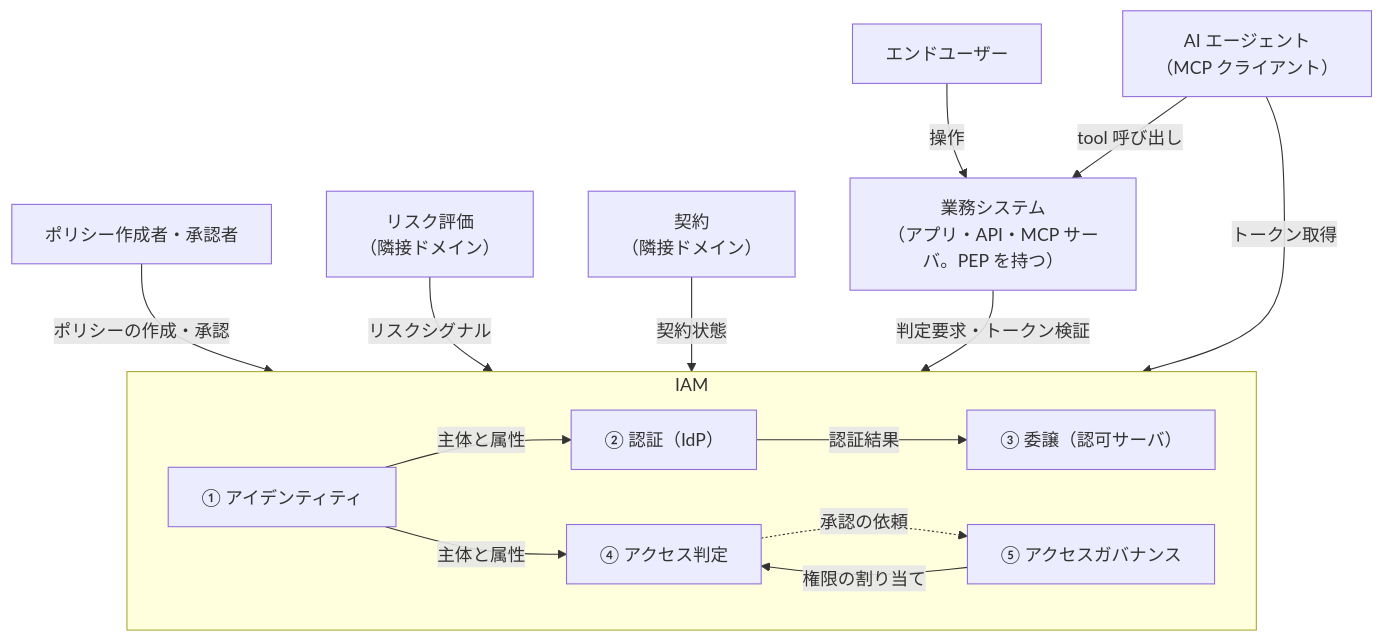
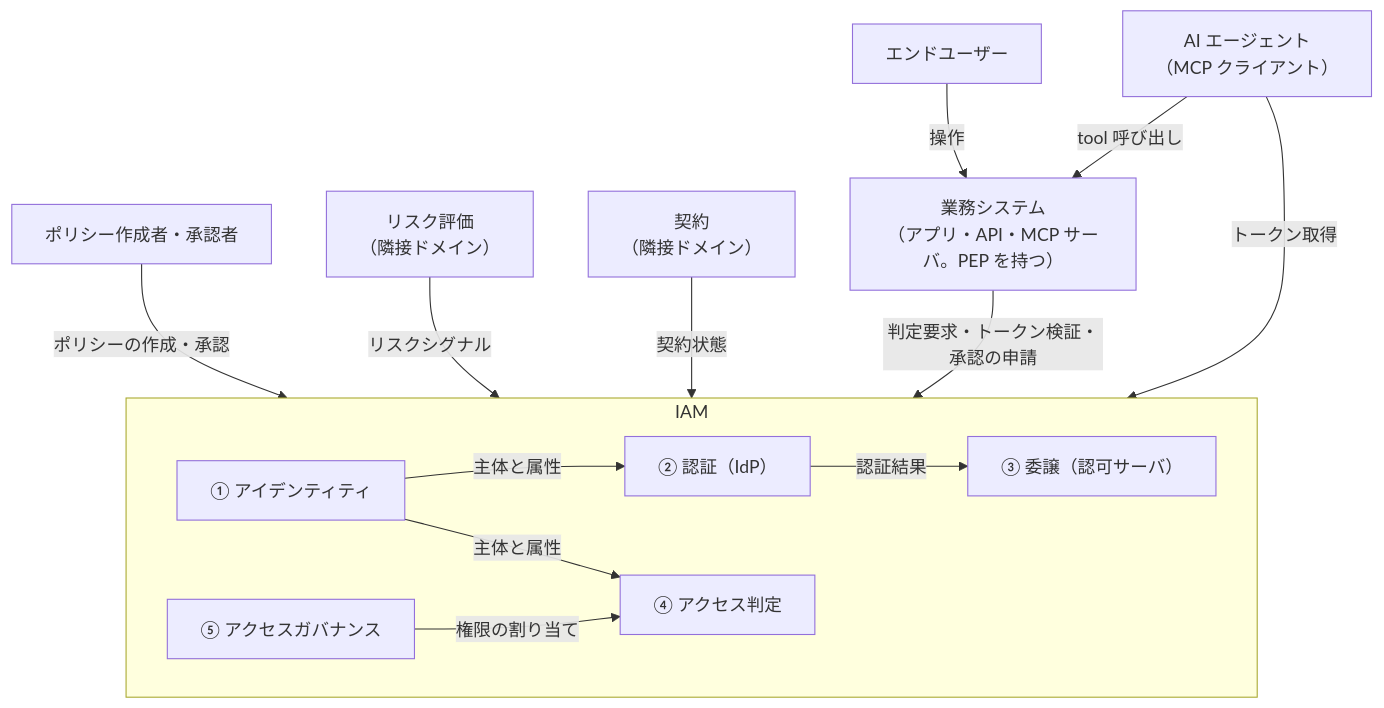
Before and after one commit to bmf-san/bmf-tech: the first of 6 diagrams in content/ja/posts/authorization-platform-architecture-decisions.md, drawn with Mermaid. The commit also changed other lines of this file and 1 other file, not shown here.

First line of the commit message:
fix: 認可基盤のアーキテクチャの記事の図とまとめを本文と AARP・AuthZEN・MCP の任意の要素に合わせる

````diff
--- a/content/ja/posts/authorization-platform-architecture-decisions.md
+++ b/content/ja/posts/authorization-platform-architecture-decisions.md
@@ -60,32 +60,31 @@
 ```mermaid
 flowchart TB
     user["エンドユーザー"]
     agent["AI エージェント<br/>（MCP クライアント）"]
     admin["ポリシー作成者・承認者"]
     RISK["リスク評価<br/>（隣接ドメイン）"]
     SUB["契約<br/>（隣接ドメイン）"]
 
     subgraph IAM["IAM"]
         direction LR
         ID["① アイデンティティ"]
         AUTHN["② 認証（IdP）"]
         DEL["③ 委譲（認可サーバ）"]
         GOV["⑤ アクセスガバナンス"]
         POL["④ アクセス判定"]
         ID -- "主体と属性" --> AUTHN
         AUTHN -- "認証結果" --> DEL
         ID -- "主体と属性" --> POL
         GOV -- "権限の割り当て" --> POL
-        POL -. "承認の依頼" .-> GOV
     end
 
     APP["業務システム<br/>（アプリ・API・MCP サーバ。PEP を持つ）"]
 
     RISK -- "リスクシグナル" --> IAM
     SUB -- "契約状態" --> IAM
     admin -- "ポリシーの作成・承認" --> IAM
     agent -- "トークン取得" --> IAM
     user -- "操作" --> APP
     agent -- "tool 呼び出し" --> APP
-    APP -- "判定要求・トークン検証" --> IAM
+    APP -- "判定要求・トークン検証・承認の申請" --> IAM
 ```
````
